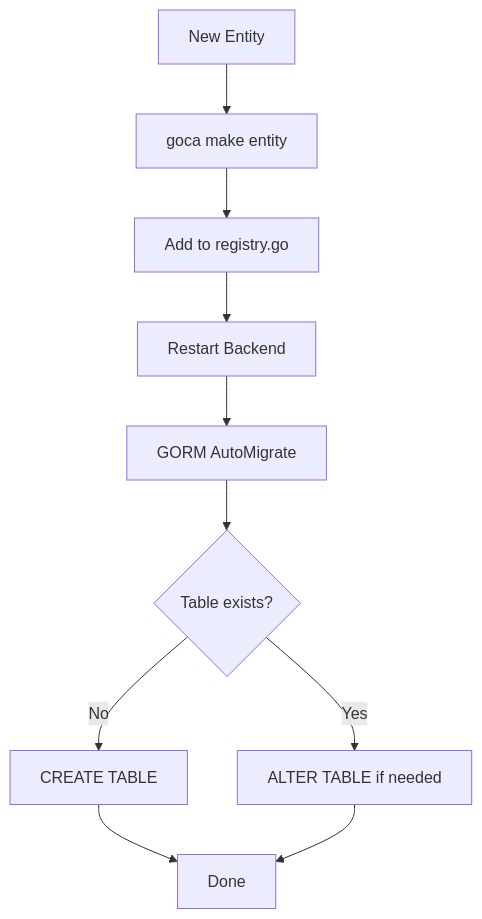
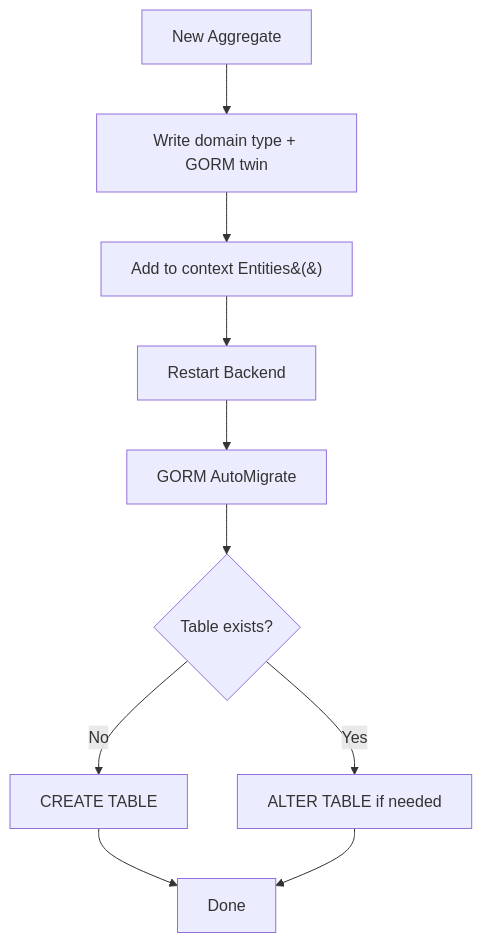
One commit to atilladeniz/next-go-pg changed the fifth of 5 diagrams in .concepts/data-models/er-diagram.md. Above: the diagram before and after it, drawn with Mermaid. The commit also changed 103 other files, not shown here.

Commit message:
refactor(backend): clean architecture & DDD — domain purity, application layer, composition root (#58)

````diff
--- a/.concepts/data-models/er-diagram.md
+++ b/.concepts/data-models/er-diagram.md
@@ -211,12 +211,12 @@
 ```mermaid
 flowchart TD
-    A[New Entity] --> B[goca make entity]
-    B --> C[Add to registry.go]
+    A[New Aggregate] --> B[Write domain type + GORM twin]
+    B --> C[Add to context Entities&#40;&#41;]
     C --> D[Restart Backend]
     D --> E[GORM AutoMigrate]
     E --> F{Table exists?}
     F -->|No| G[CREATE TABLE]
     F -->|Yes| H[ALTER TABLE if needed]
     G --> I[Done]
     H --> I
 ```
````
